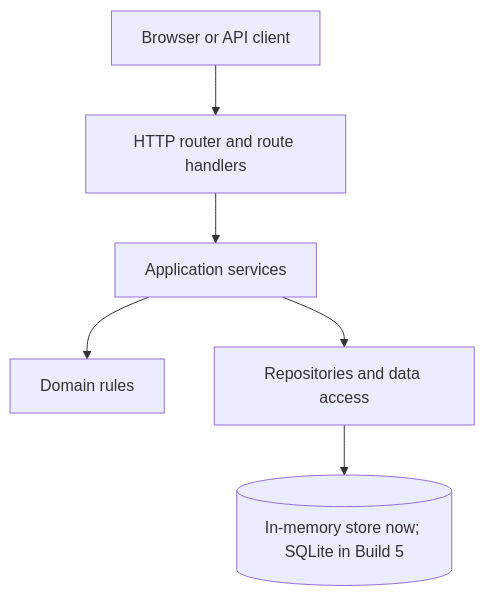
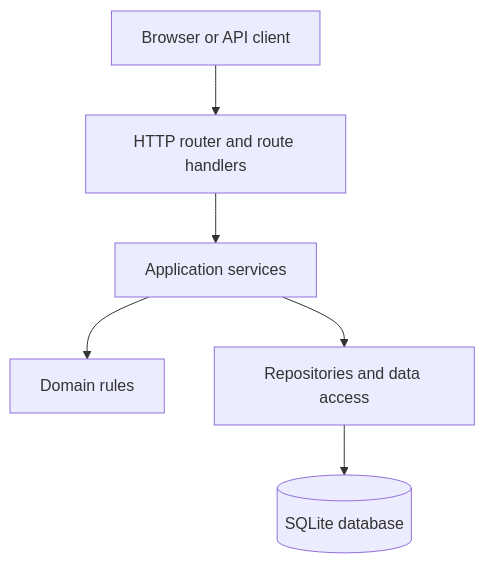
One commit to Sots-Light/capstone-drill changed the first of 4 diagrams in docs/architecture.md. Above: the diagram before and after it, drawn with Mermaid. The commit also changed other lines of this file and 14 other files, not shown here.

Commit message:
Build 5: persist data in SQLite and prevent overselling

````diff
--- a/docs/architecture.md
+++ b/docs/architecture.md
@@ -5,8 +5,8 @@
 ```mermaid
 flowchart TD
   Client[Browser or API client] --> Routes[HTTP router and route handlers]
   Routes --> Services[Application services]
   Services --> Rules[Domain rules]
   Services --> Repositories[Repositories and data access]
-  Repositories --> Data[(In-memory store now; SQLite in Build 5)]
+  Repositories --> Data[(SQLite database)]
 ```
````
